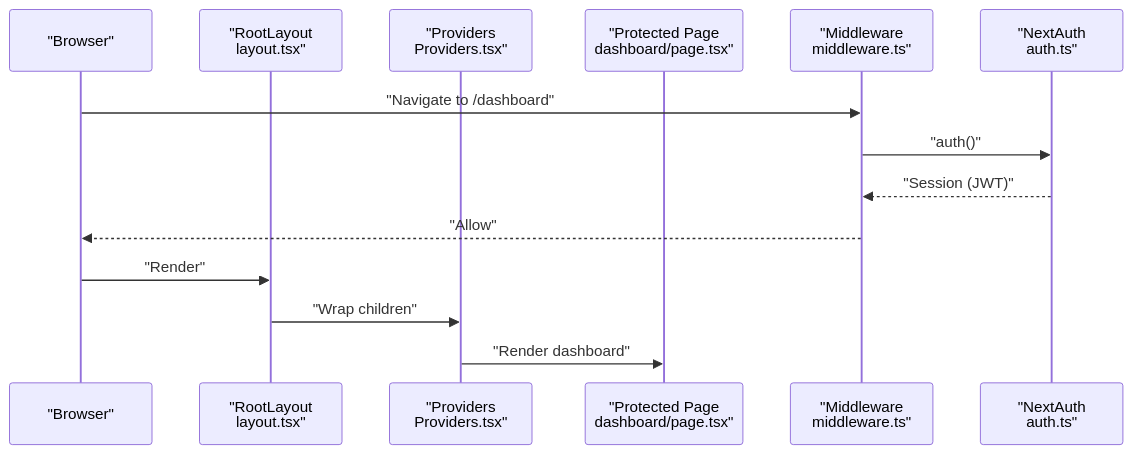
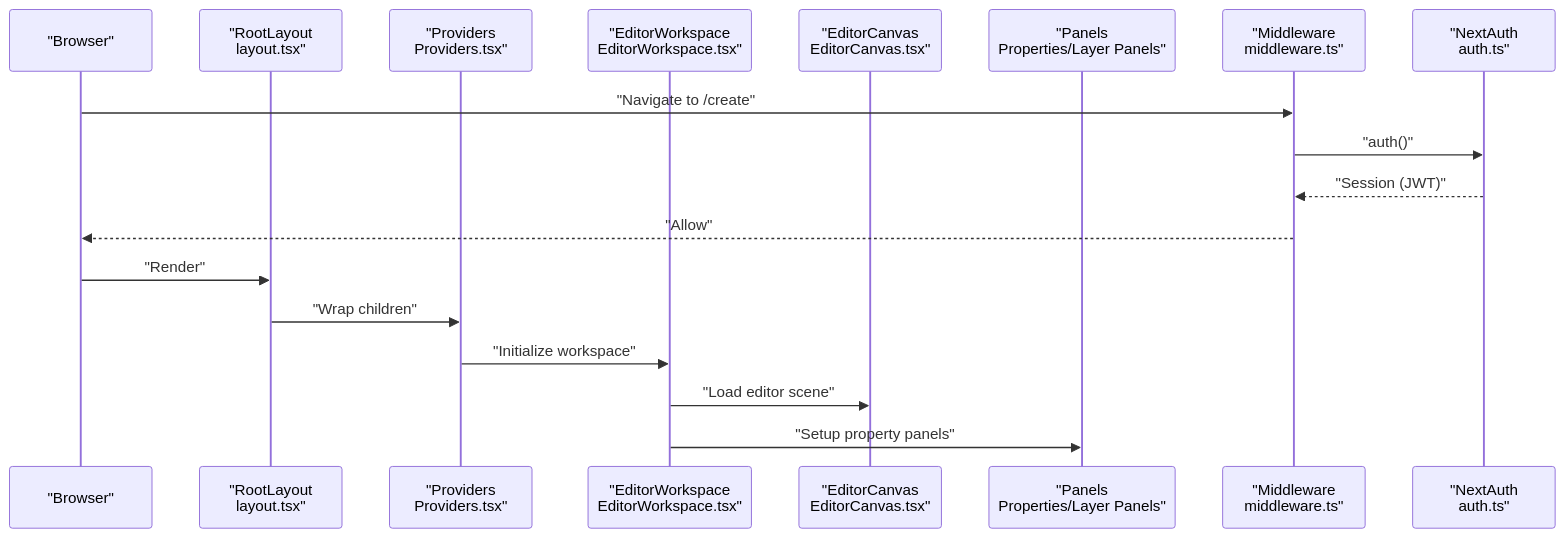
Before and after one commit to Crowdspender/titchybooks-app: the third of 13 diagrams in .qoder/repowiki/en/content/Architecture Overview/Architecture Overview.md, drawn with Mermaid. The commit also changed other lines of this file and 62 other files, not shown here.

````diff
--- a/.qoder/repowiki/en/content/Architecture Overview/Architecture Overview.md
+++ b/.qoder/repowiki/en/content/Architecture Overview/Architecture Overview.md
@@ -188,16 +218,20 @@
 ```mermaid
 sequenceDiagram
 participant Browser as "Browser"
 participant Layout as "RootLayout<br/>layout.tsx"
 participant Providers as "Providers<br/>Providers.tsx"
-participant Page as "Protected Page<br/>dashboard/page.tsx"
+participant Editor as "EditorWorkspace<br/>EditorWorkspace.tsx"
+participant Canvas as "EditorCanvas<br/>EditorCanvas.tsx"
+participant Panels as "Panels<br/>Properties/Layer Panels"
 participant MW as "Middleware<br/>middleware.ts"
 participant Auth as "NextAuth<br/>auth.ts"
-Browser->>MW : "Navigate to /dashboard"
+Browser->>MW : "Navigate to /create"
 MW->>Auth : "auth()"
 Auth-->>MW : "Session (JWT)"
 MW-->>Browser : "Allow"
 Browser->>Layout : "Render"
 Layout->>Providers : "Wrap children"
-Providers->>Page : "Render dashboard"
+Providers->>Editor : "Initialize workspace"
+Editor->>Canvas : "Load editor scene"
+Editor->>Panels : "Setup property panels"
 ```
````
